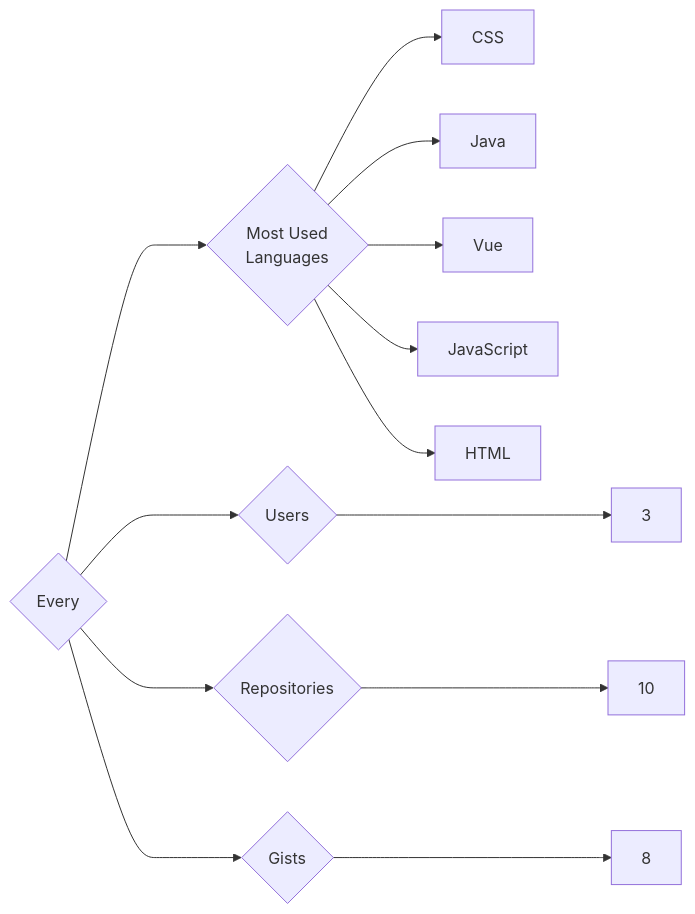
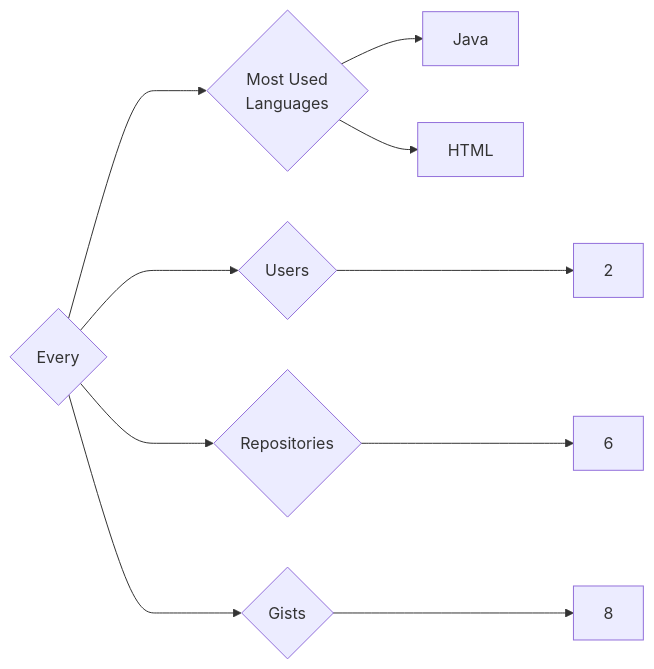
The diagram in targets/Every/README.md (trickest/insiders), drawn with Mermaid before and after one commit. The commit also changed 1023 other files, not shown here.

````diff
--- a/targets/Every/README.md
+++ b/targets/Every/README.md
@@ -3,13 +3,10 @@
 ```mermaid
 graph LR
 COMPANY_NAME{Every}
-COMPANY_NAME ---> U{Users} ---> UN[3]
-COMPANY_NAME ---> R{Repositories} ---> RN[10]
+COMPANY_NAME ---> U{Users} ---> UN[2]
+COMPANY_NAME ---> R{Repositories} ---> RN[6]
 COMPANY_NAME ---> G{Gists} ---> GN[8]
 COMPANY_NAME ---> ML{Most Used<br>Languages}
-ML --> CSS[CSS]
 ML --> Java[Java]
-ML --> Vue[Vue]
-ML --> JavaScript[JavaScript]
 ML --> HTML[HTML]
 ```
````
